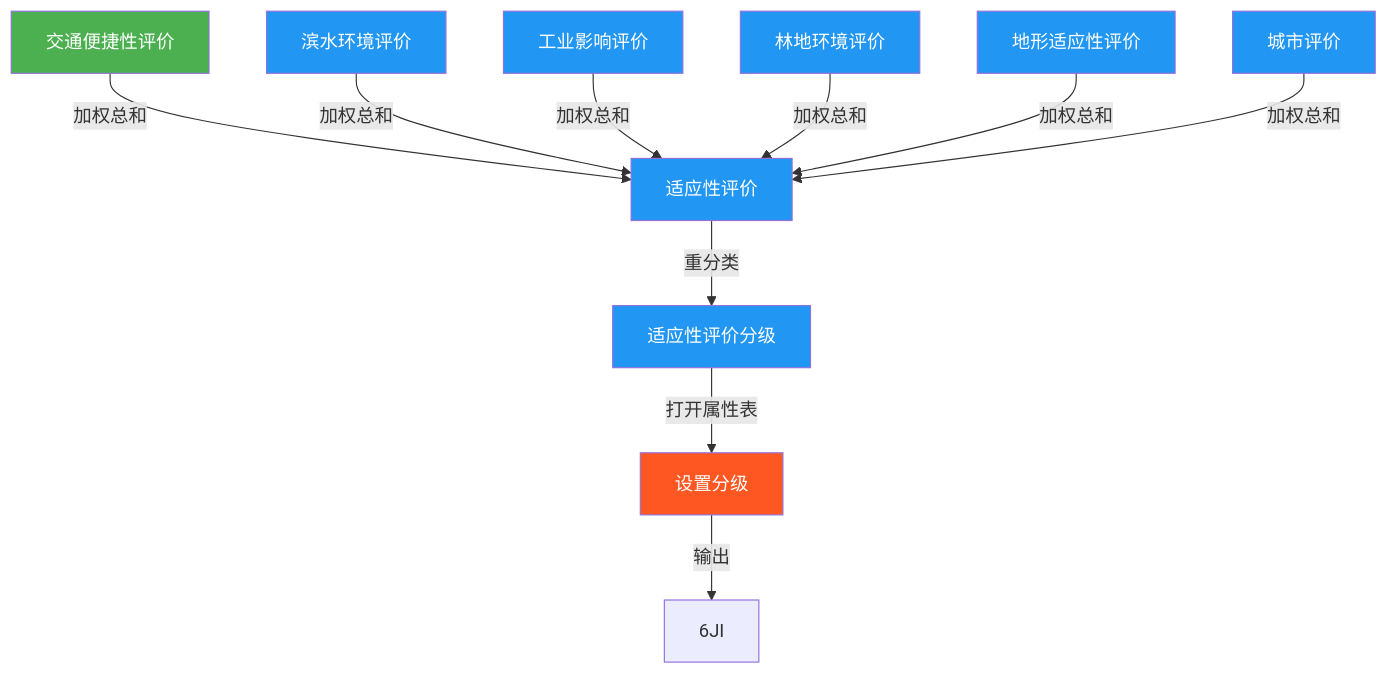
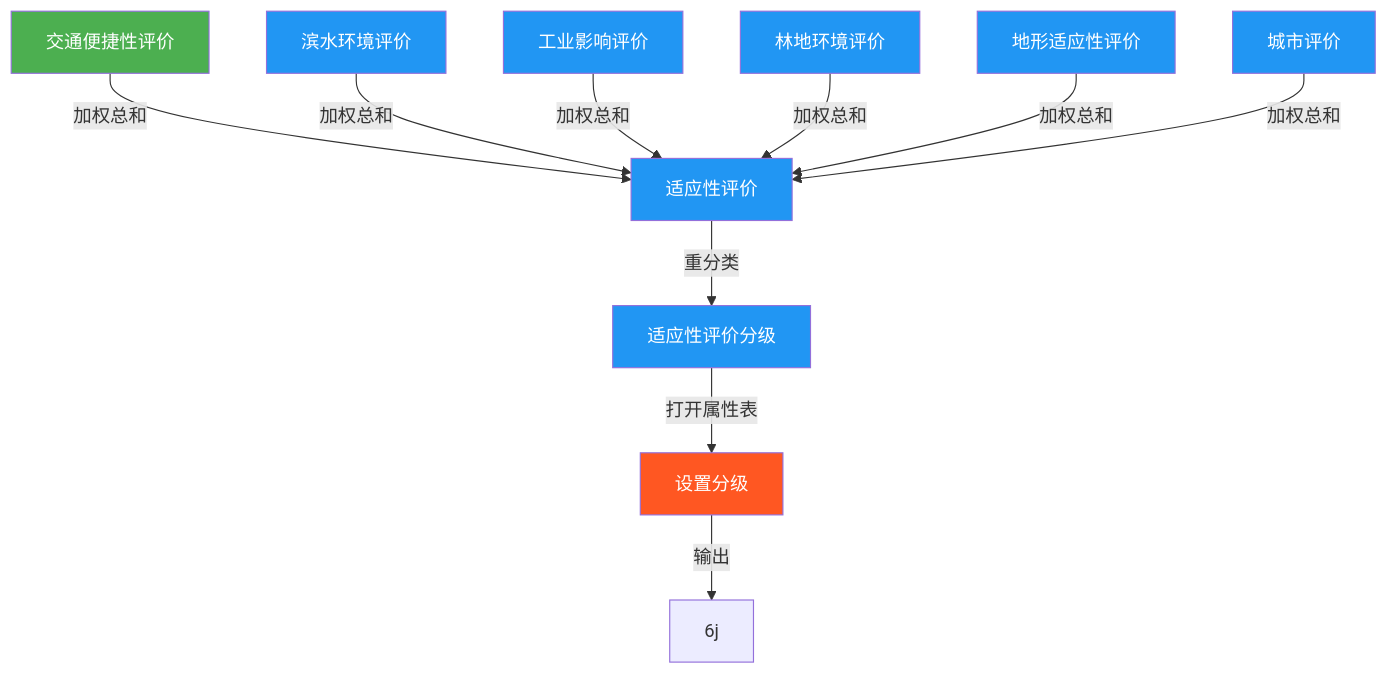
The diagram in all/未命名.md (newguser/iodraw-files), drawn with Mermaid before and after one commit.

Commit message:
2025-02-27 16:22:33 update

````diff
--- a/all/未命名.md
+++ b/all/未命名.md
@@ -1,17 +1,17 @@
 ```mermaid
 graph TD
     A[交通便捷性评价] -->|加权总和| B[适应性评价]
     C[滨水环境评价] -->|加权总和| B
     D[工业影响评价] -->|加权总和| B
     E[林地环境评价] -->|加权总和| B
     F[地形适应性评价] -->|加权总和| B
     G[城市评价] -->|加权总和| B
     B -->|重分类| H[适应性评价分级]
     H -->|打开属性表| I[设置分级]
-    I -->|输出| J[6JI]
+    I -->|输出| J[6j]
 
     style A fill:#4CAF50,color:white
     style I fill:#FF5722,color:white
     classDef process fill:#2196F3,color:white;
     class B,C,D,E,F,G,H process
 ```
````
